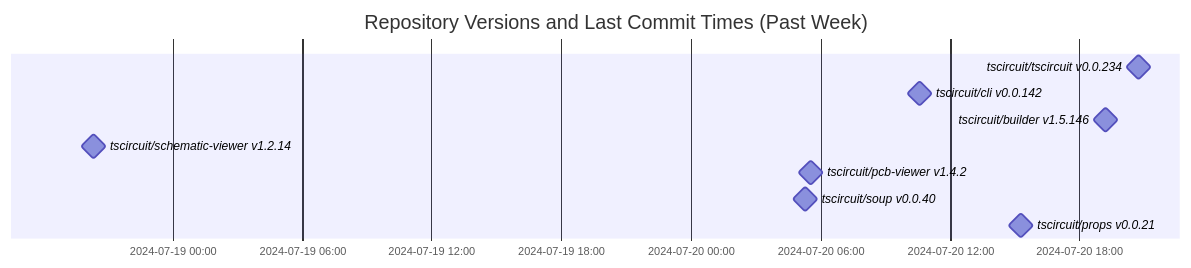
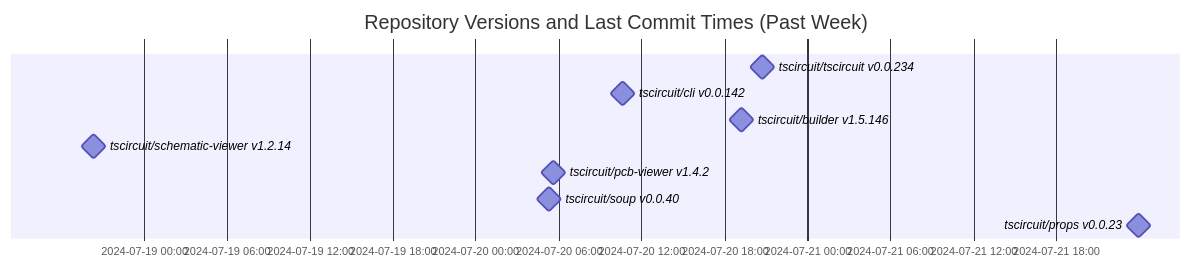
Before and after one commit to tscircuit/version-tracker: the diagram in README.md, drawn with Mermaid.

Commit message:
Update chart

````diff
--- a/README.md
+++ b/README.md
@@ -1,14 +1,14 @@
 ```mermaid
 gantt
   dateFormat  YYYY-MM-DD HH:mm:ss
   title Repository Versions and Last Commit Times (Past Week)
   axisFormat %Y-%m-%d %H:%M
 
   tscircuit/tscircuit v0.0.234 : milestone, 2024-07-20 20:44:01, 1s
   tscircuit/cli v0.0.142 : milestone, 2024-07-20 10:36:15, 1s
   tscircuit/builder v1.5.146 : milestone, 2024-07-20 19:11:54, 1s
   tscircuit/schematic-viewer v1.2.14 : milestone, 2024-07-18 20:20:40, 1s
   tscircuit/pcb-viewer v1.4.2 : milestone, 2024-07-20 05:34:23, 1s
   tscircuit/soup v0.0.40 : milestone, 2024-07-20 05:18:19, 1s
-  tscircuit/props v0.0.21 : milestone, 2024-07-20 15:18:01, 1s
+  tscircuit/props v0.0.23 : milestone, 2024-07-21 23:57:13, 1s
 ```
````
